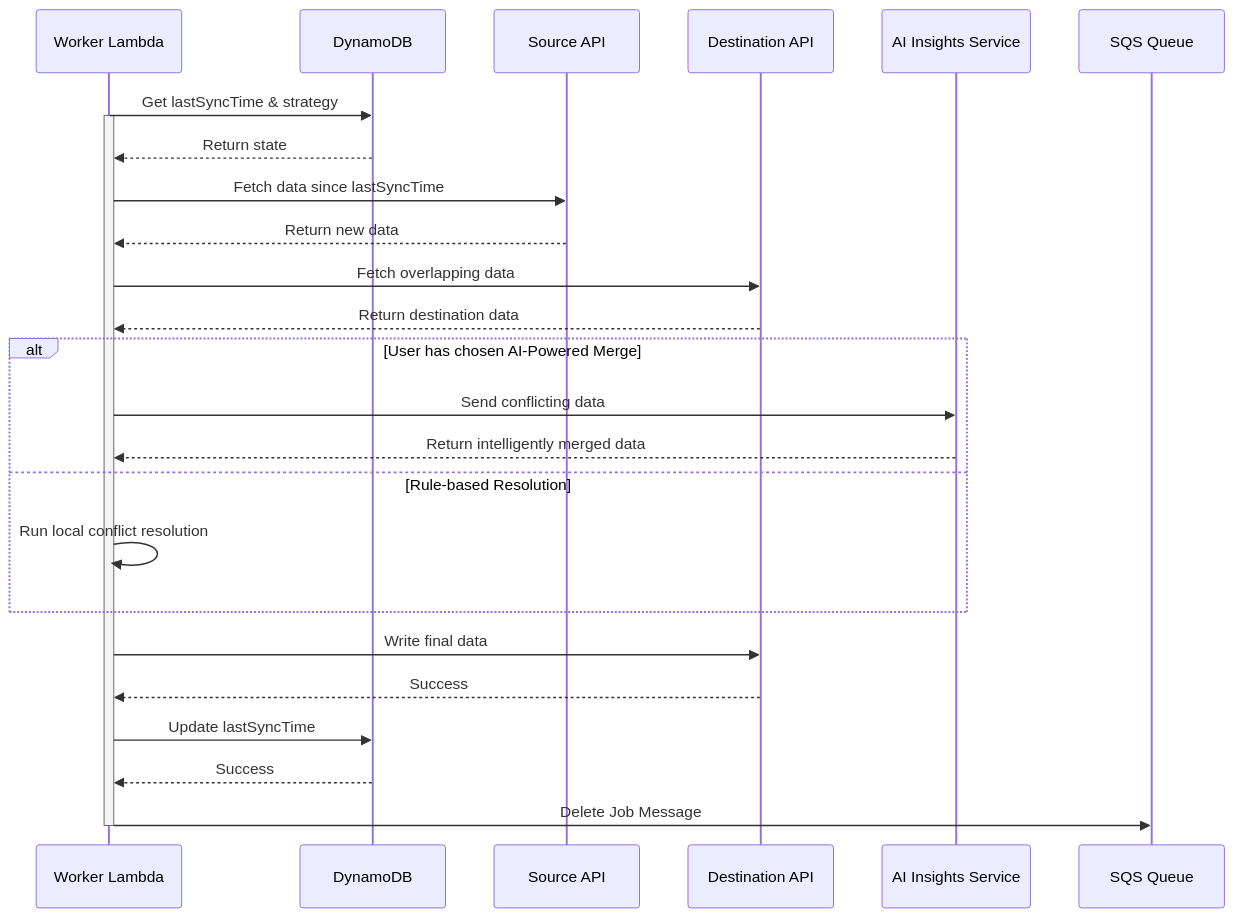
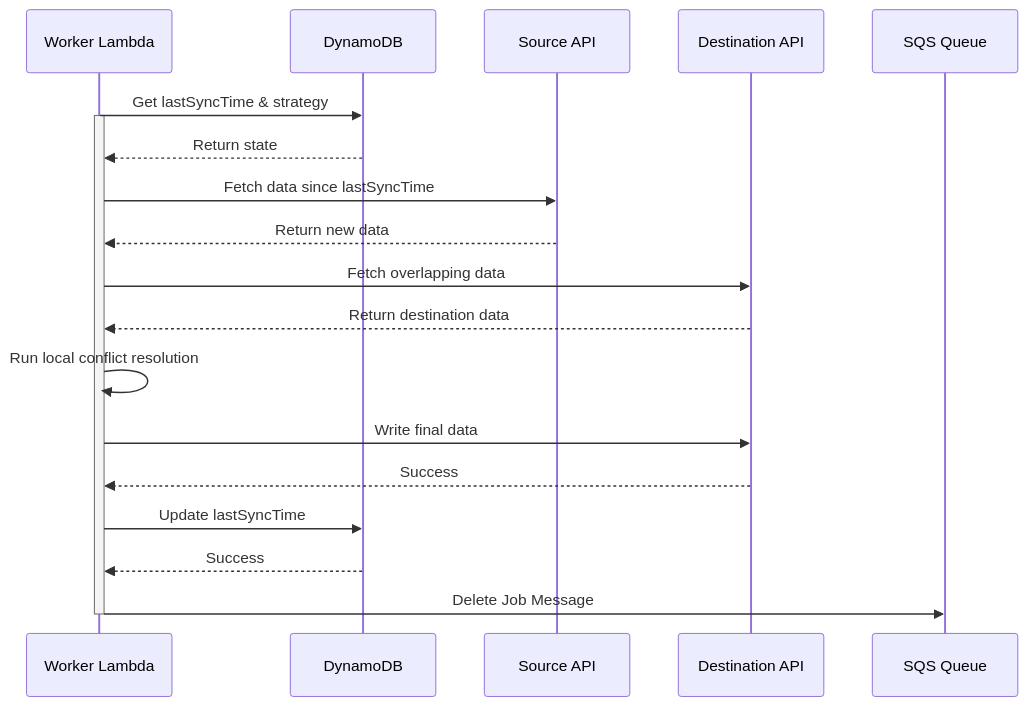
Before and after one commit to dino10bit/healthsync: the second of 3 diagrams in 05-data-sync.md, drawn with Mermaid. The commit also changed other lines of this file and 8 other files, not shown here.

````diff
--- a/05-data-sync.md
+++ b/05-data-sync.md
@@ -185,31 +122,25 @@
 ```mermaid
 sequenceDiagram
     participant Worker as Worker Lambda
     participant DynamoDB as DynamoDB
     participant SourceAPI as Source API
     participant DestAPI as Destination API
-    participant AIService as AI Insights Service
     participant SQS as SQS Queue
 
     Worker->>DynamoDB: Get lastSyncTime & strategy
     activate Worker
     DynamoDB-->>Worker: Return state
     Worker->>SourceAPI: Fetch data since lastSyncTime
     SourceAPI-->>Worker: Return new data
     Worker->>DestAPI: Fetch overlapping data
     DestAPI-->>Worker: Return destination data
 
-    alt User has chosen AI-Powered Merge
-        Worker->>AIService: Send conflicting data
-        AIService-->>Worker: Return intelligently merged data
-    else Rule-based Resolution
-        Worker->>Worker: Run local conflict resolution
-    end
+    Worker->>Worker: Run local conflict resolution
 
     Worker->>DestAPI: Write final data
     DestAPI-->>Worker: Success
     Worker->>DynamoDB: Update lastSyncTime
     DynamoDB-->>Worker: Success
     Worker->>SQS: Delete Job Message
     deactivate Worker
 ```
````
